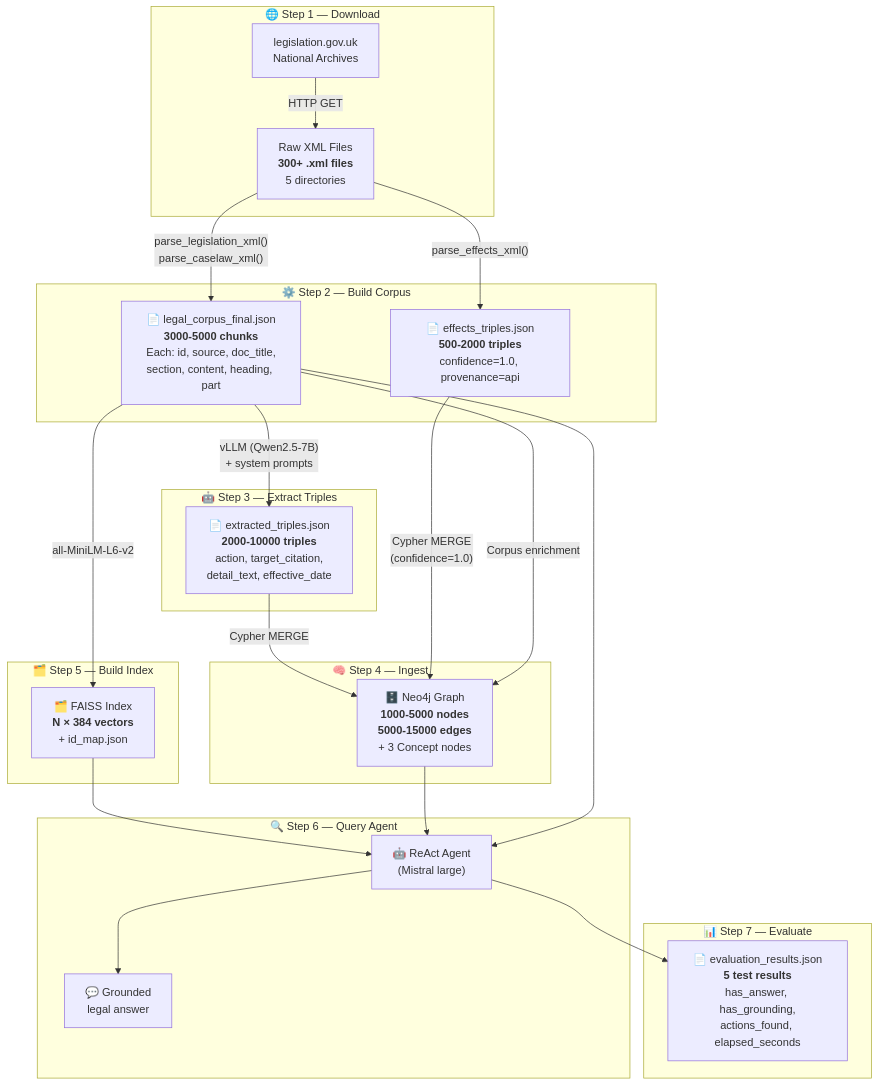
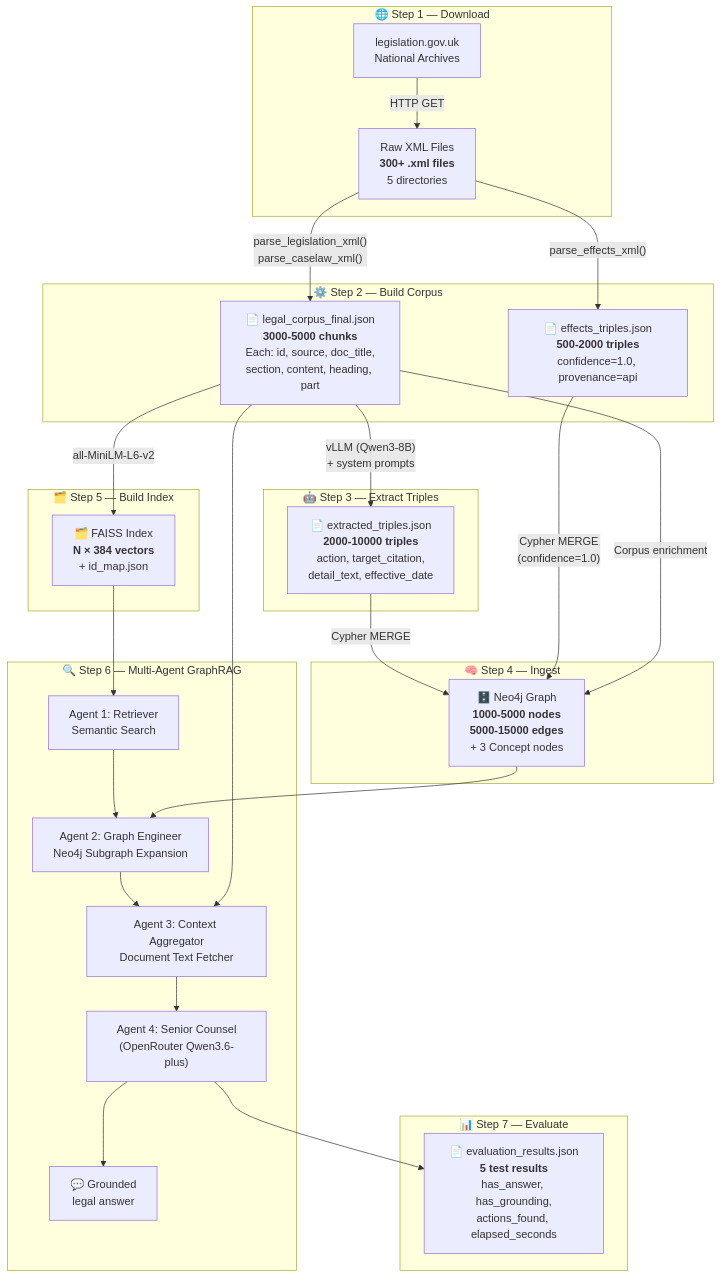
Before and after one commit to suriya7913/PROJECT_app_ml: the third of 4 diagrams in documentation/07_evaluation_and_data_flow.md, drawn with Mermaid. The commit also changed other lines of this file and 29 other files, not shown here.

Commit message:
Refactor pipeline to use multi-agent GraphRAG and update documentation

````diff
--- a/documentation/07_evaluation_and_data_flow.md
+++ b/documentation/07_evaluation_and_data_flow.md
@@ -110,36 +110,39 @@
 ```mermaid
 flowchart TB
     subgraph "🌐 Step 1 — Download"
         API["legislation.gov.uk<br/>National Archives"] -->|"HTTP GET"| RAW["Raw XML Files<br/><b>300+ .xml files</b><br/>5 directories"]
     end
 
     subgraph "⚙️ Step 2 — Build Corpus"
         RAW -->|"parse_legislation_xml()<br/>parse_caselaw_xml()"| CORPUS["📄 legal_corpus_final.json<br/><b>3000-5000 chunks</b><br/>Each: id, source, doc_title,<br/>section, content, heading, part"]
         RAW -->|"parse_effects_xml()"| EFFECTS["📄 effects_triples.json<br/><b>500-2000 triples</b><br/>confidence=1.0, provenance=api"]
     end
 
     subgraph "🤖 Step 3 — Extract Triples"
-        CORPUS -->|"vLLM (Qwen2.5-7B)<br/>+ system prompts"| TRIPLES["📄 extracted_triples.json<br/><b>2000-10000 triples</b><br/>action, target_citation,<br/>detail_text, effective_date"]
+        CORPUS -->|"vLLM (Qwen3-8B)<br/>+ system prompts"| TRIPLES["📄 extracted_triples.json<br/><b>2000-10000 triples</b><br/>action, target_citation,<br/>detail_text, effective_date"]
     end
 
     subgraph "🧠 Step 4 — Ingest"
         TRIPLES -->|"Cypher MERGE"| NEO["🗄️ Neo4j Graph<br/><b>1000-5000 nodes</b><br/><b>5000-15000 edges</b><br/>+ 3 Concept nodes"]
         EFFECTS -->|"Cypher MERGE<br/>(confidence=1.0)"| NEO
         CORPUS -->|"Corpus enrichment"| NEO
     end
 
     subgraph "🗂️ Step 5 — Build Index"
         CORPUS -->|"all-MiniLM-L6-v2"| FAISS["🗂️ FAISS Index<br/><b>N × 384 vectors</b><br/>+ id_map.json"]
     end
 
-    subgraph "🔍 Step 6 — Query Agent"
-        FAISS --> AGENT["🤖 ReAct Agent<br/>(Mistral large)"]
-        NEO --> AGENT
-        CORPUS --> AGENT
-        AGENT --> ANSWER["💬 Grounded<br/>legal answer"]
+    subgraph "🔍 Step 6 — Multi-Agent GraphRAG"
+        FAISS --> A1["Agent 1: Retriever<br/>Semantic Search"]
+        A1 --> A2["Agent 2: Graph Engineer<br/>Neo4j Subgraph Expansion"]
+        NEO --> A2
+        A2 --> A3["Agent 3: Context Aggregator<br/>Document Text Fetcher"]
+        CORPUS --> A3
+        A3 --> A4["Agent 4: Senior Counsel<br/>(OpenRouter Qwen3.6-plus)"]
+        A4 --> ANSWER["💬 Grounded<br/>legal answer"]
     end
 
     subgraph "📊 Step 7 — Evaluate"
-        AGENT --> EVAL["📄 evaluation_results.json<br/><b>5 test results</b><br/>has_answer, has_grounding,<br/>actions_found, elapsed_seconds"]
+        A4 --> EVAL["📄 evaluation_results.json<br/><b>5 test results</b><br/>has_answer, has_grounding,<br/>actions_found, elapsed_seconds"]
     end
 ```
````
